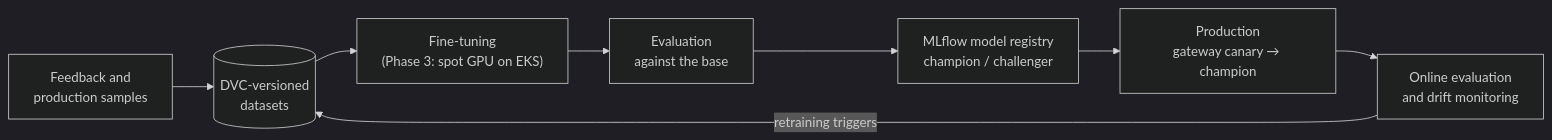
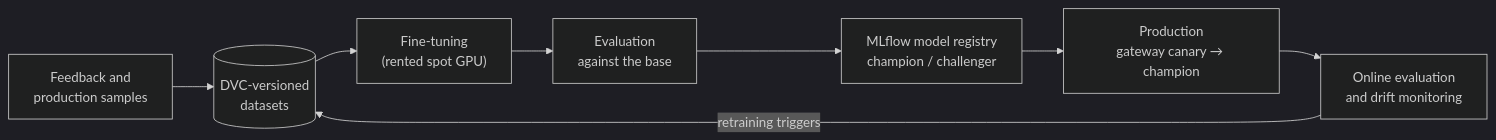
One commit to russetleaf/russetleaf-docs changed the second of 2 diagrams in docs/phase-2-ai-mlops/design.md. Above: the diagram before and after it, drawn with Mermaid (dark theme). The commit also changed other lines of this file and 11 other files, not shown here.

First line of the commit message:
Move fine-tuning into Phase 2 on a rented GPU; ADR 2005

````diff
--- a/docs/phase-2-ai-mlops/design.md
+++ b/docs/phase-2-ai-mlops/design.md
@@ -99,10 +100,10 @@
 ```mermaid
 flowchart LR
   fb["Feedback and<br/>production samples"] --> data[("DVC-versioned<br/>datasets")]
-  data --> train["Fine-tuning<br/>(Phase 3: spot GPU on EKS)"]
+  data --> train["Fine-tuning<br/>(rented spot GPU)"]
   train --> evalb["Evaluation<br/>against the base"]
   evalb --> reg["MLflow model registry<br/>champion / challenger"]
   reg --> prod["Production<br/>gateway canary → champion"]
   prod --> online["Online evaluation<br/>and drift monitoring"]
   online -->|"retraining triggers"| data
 ```
````
